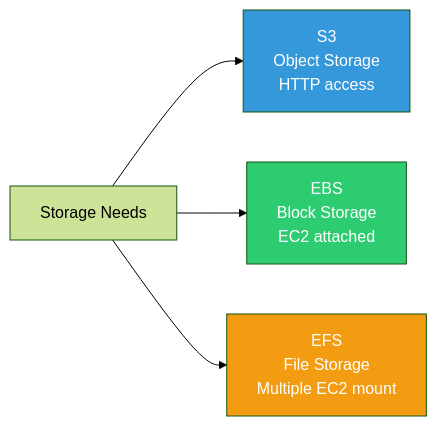
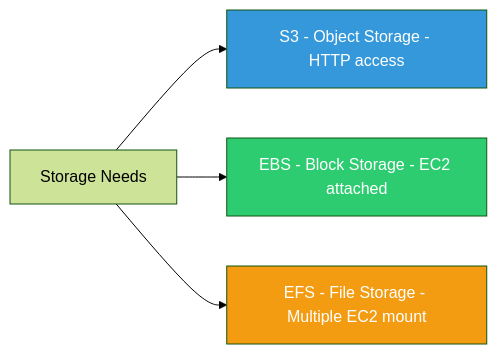
One commit to jtombo45/SeniorEngineerRoadmap changed the seventh of 10 diagrams in Cloud/AWS/AWS-Certifications/AWS-Cloud-Practitioner/README.md. Above: the diagram before and after it, drawn with Mermaid (forest theme). The commit also changed other lines of this file, not shown here.

Commit message:
fixed diagrams for rendering

````diff
--- a/Cloud/AWS/AWS-Certifications/AWS-Cloud-Practitioner/README.md
+++ b/Cloud/AWS/AWS-Certifications/AWS-Cloud-Practitioner/README.md
@@ -480,10 +489,10 @@
 ```mermaid
-graph LR
-    A[Storage Needs] --> B[S3<br/>Object Storage<br/>HTTP access]
-    A --> C[EBS<br/>Block Storage<br/>EC2 attached]
-    A --> D[EFS<br/>File Storage<br/>Multiple EC2 mount]
+flowchart LR
+    A[Storage Needs] --> B[S3 - Object Storage - HTTP access]
+    A --> C[EBS - Block Storage - EC2 attached]
+    A --> D[EFS - File Storage - Multiple EC2 mount]
     
     style B fill:#3498DB,color:#fff
     style C fill:#2ECC71,color:#fff
     style D fill:#F39C12,color:#fff
 ```
````
